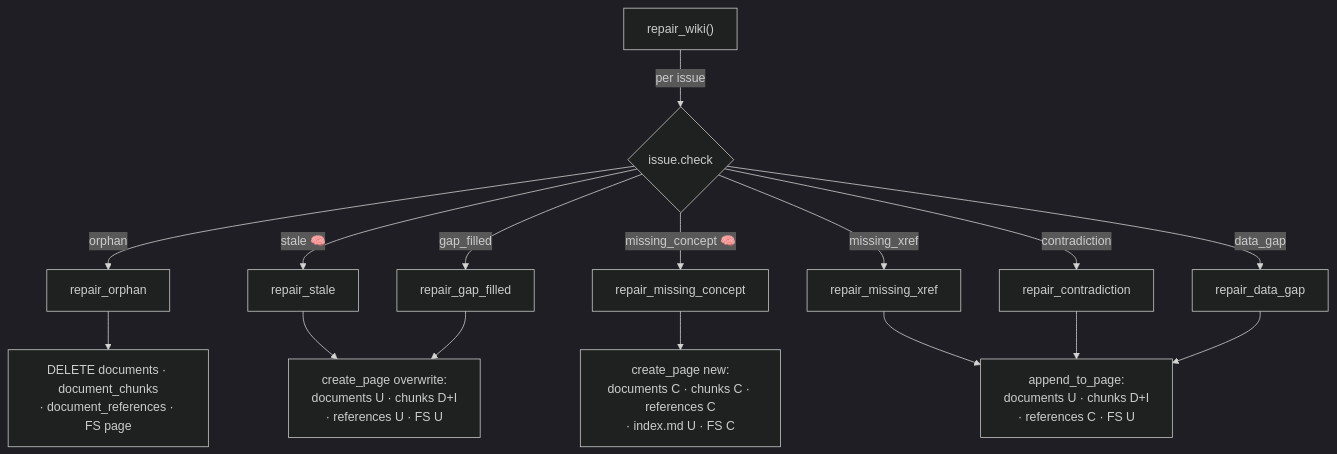
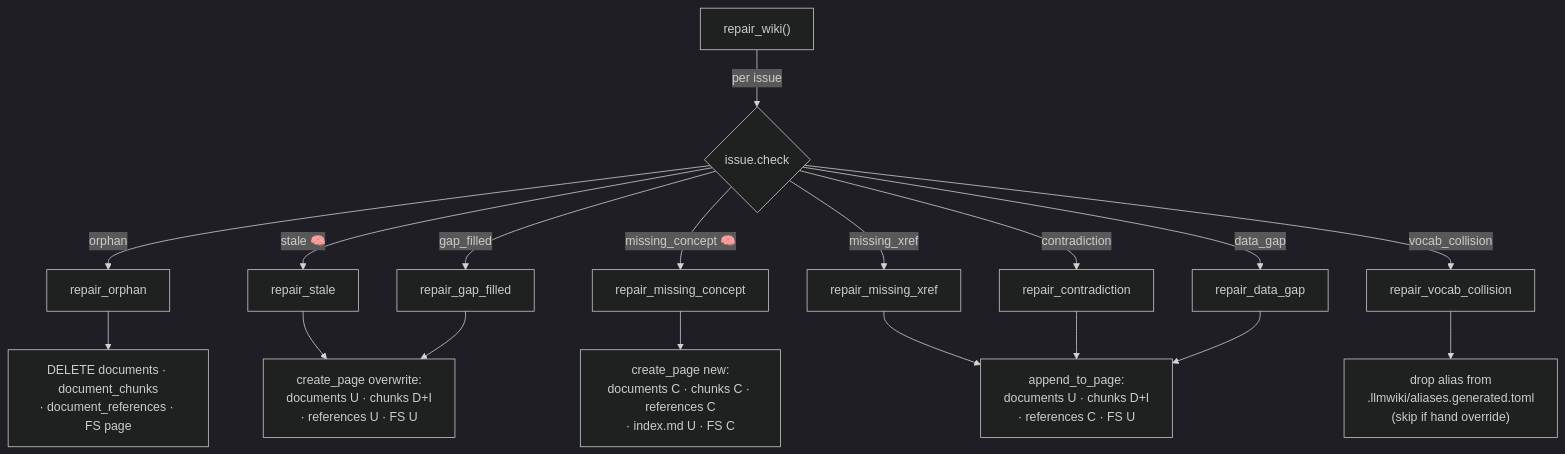
One commit to Clod/llmwiki-marimo changed the second of 10 diagrams in docs/manual/workflows.md. Above: the diagram before and after it, drawn with Mermaid (dark theme). The commit also changed other lines of this file, not shown here.

````diff
--- a/docs/manual/workflows.md
+++ b/docs/manual/workflows.md
@@ -189,18 +206,20 @@
 ```mermaid
 flowchart TD
     RW["repair_wiki()"] -->|per issue| DISP{"issue.check"}
     DISP -->|orphan| O["repair_orphan"]
     DISP -->|stale 🧠| ST["repair_stale"]
     DISP -->|missing_concept 🧠| MC["repair_missing_concept"]
     DISP -->|missing_xref| MX["repair_missing_xref"]
     DISP -->|contradiction| CO["repair_contradiction"]
     DISP -->|data_gap| DG["repair_data_gap"]
     DISP -->|gap_filled| GF["repair_gap_filled"]
+    DISP -->|vocab_collision| VC["repair_vocab_collision"]
     O --> W1["DELETE documents · document_chunks<br/>· document_references · FS page"]
     ST --> W2["create_page overwrite:<br/>documents U · chunks D+I<br/>· references U · FS U"]
     MC --> W3["create_page new:<br/>documents C · chunks C · references C<br/>· index.md U · FS C"]
     MX --> W4["append_to_page:<br/>documents U · chunks D+I<br/>· references C · FS U"]
     CO --> W4
     DG --> W4
     GF --> W2
+    VC --> W5["drop alias from<br/>.llmwiki/aliases.generated.toml<br/>(skip if hand override)"]
 ```
````
